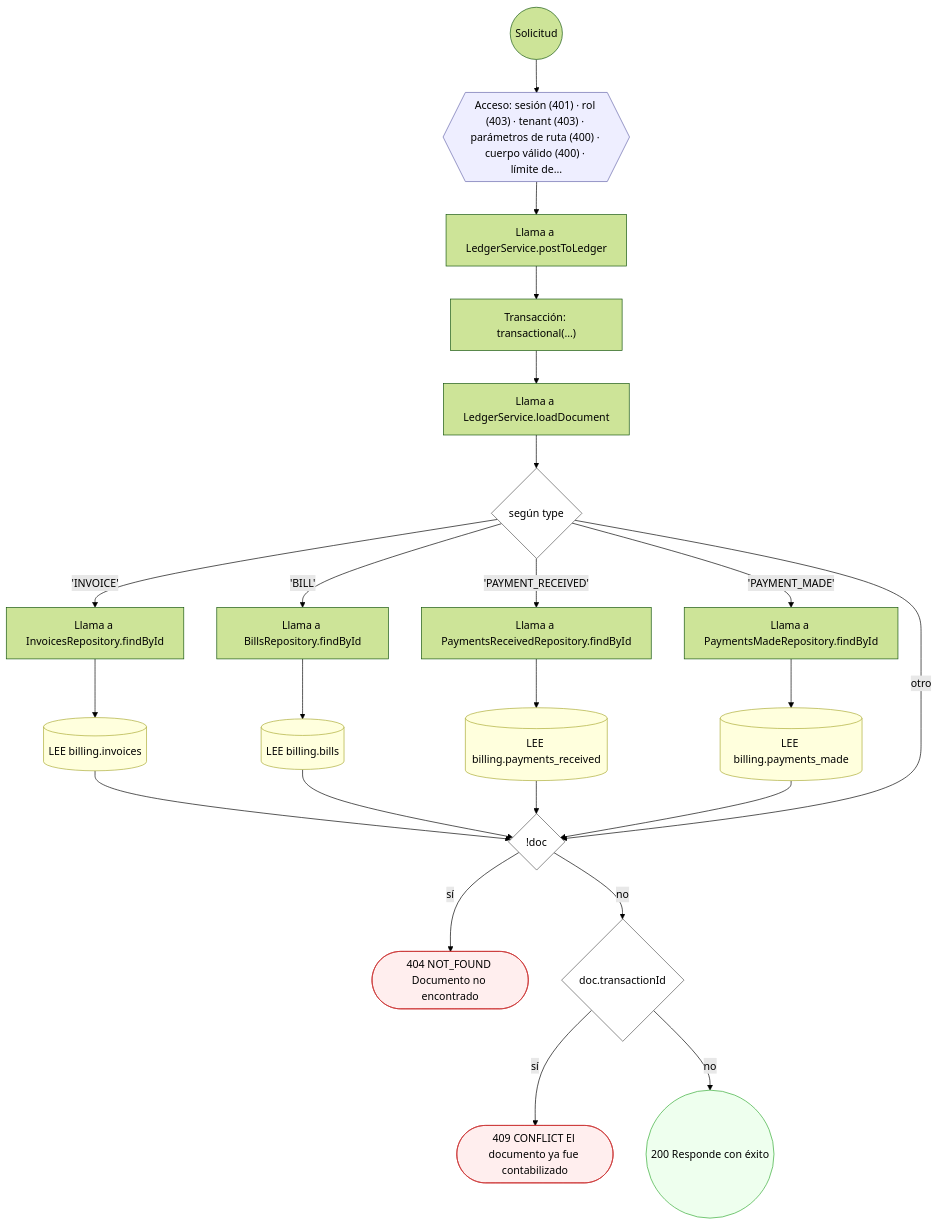
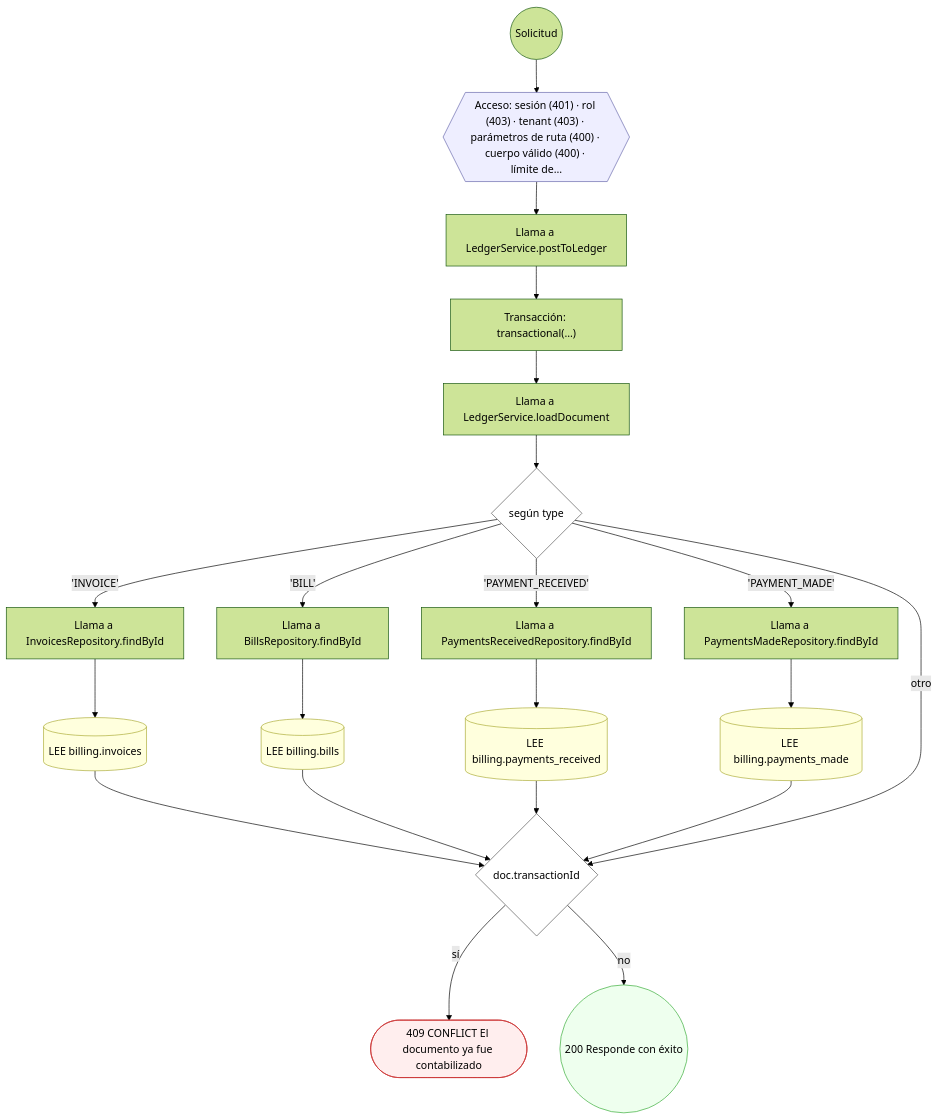
Before and after one commit to mdavila-2001/mantra-core-health-api: the fourth of 34 diagrams in docs/inventario/flujos/billing.md, drawn with Mermaid (forest theme). The commit also changed other lines of this file and 438 other files, not shown here.

````diff
--- a/docs/inventario/flujos/billing.md
+++ b/docs/inventario/flujos/billing.md
@@ -476,50 +488,46 @@
 ```mermaid
 flowchart TD
   n1(("Solicitud")):::inicio
   n2{{"Acceso: sesión (401) · rol (403) · tenant (403) · parámetros de ruta (400) · cuerpo válido (400) · límite de…"}}:::acceso
   n1 --> n2
   n3["Llama a LedgerService.postToLedger"]:::llamada
   n2 --> n3
   n4["Transacción: transactional(…)"]:::transaccion
   n3 --> n4
   n5["Llama a LedgerService.loadDocument"]:::llamada
   n4 --> n5
   n6{"según type"}:::decision
   n5 --> n6
   n7["Llama a InvoicesRepository.findById"]:::llamada
   n6 -->|"'INVOICE'"| n7
   n8[("LEE billing.invoices")]:::efecto
   n7 --> n8
   n9["Llama a BillsRepository.findById"]:::llamada
   n6 -->|"'BILL'"| n9
   n10[("LEE billing.bills")]:::efecto
   n9 --> n10
   n11["Llama a PaymentsReceivedRepository.findById"]:::llamada
   n6 -->|"'PAYMENT_RECEIVED'"| n11
   n12[("LEE billing.payments_received")]:::efecto
   n11 --> n12
   n13["Llama a PaymentsMadeRepository.findById"]:::llamada
   n6 -->|"'PAYMENT_MADE'"| n13
   n14[("LEE billing.payments_made")]:::efecto
   n13 --> n14
-  n15{"!doc"}:::decision
+  n15{"doc.transactionId"}:::decision
   n8 --> n15
   n10 --> n15
   n12 --> n15
   n14 --> n15
   n6 -->|"otro"| n15
-  n16(["404 NOT_FOUND Documento no encontrado"]):::error
+  n16(["409 CONFLICT El documento ya fue contabilizado"]):::error
   n15 -->|"sí"| n16
-  n17{"doc.transactionId"}:::decision
+  n17(("200 Responde con éxito")):::ok
   n15 -->|"no"| n17
-  n18(["409 CONFLICT El documento ya fue contabilizado"]):::error
-  n17 -->|"sí"| n18
-  n19(("200 Responde con éxito")):::ok
-  n17 -->|"no"| n19
   classDef acceso fill:#eef,stroke:#66a
   classDef error fill:#fee,stroke:#c33
   classDef ok fill:#efe,stroke:#3a3
   classDef efecto fill:#ffd,stroke:#aa3
   classDef decision fill:#fff,stroke:#555
   classDef corte fill:#eee,stroke:#999,stroke-dasharray: 4
 ```
````
